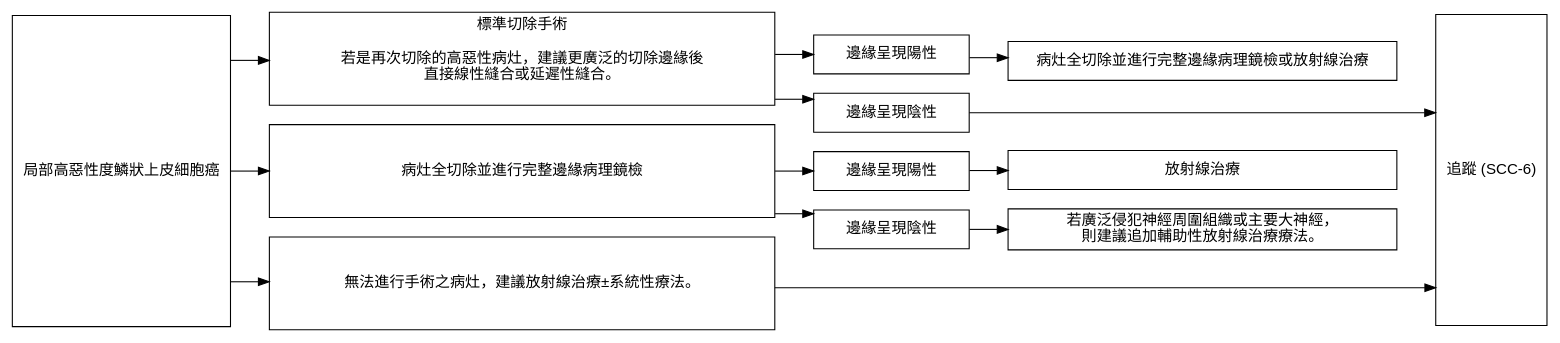
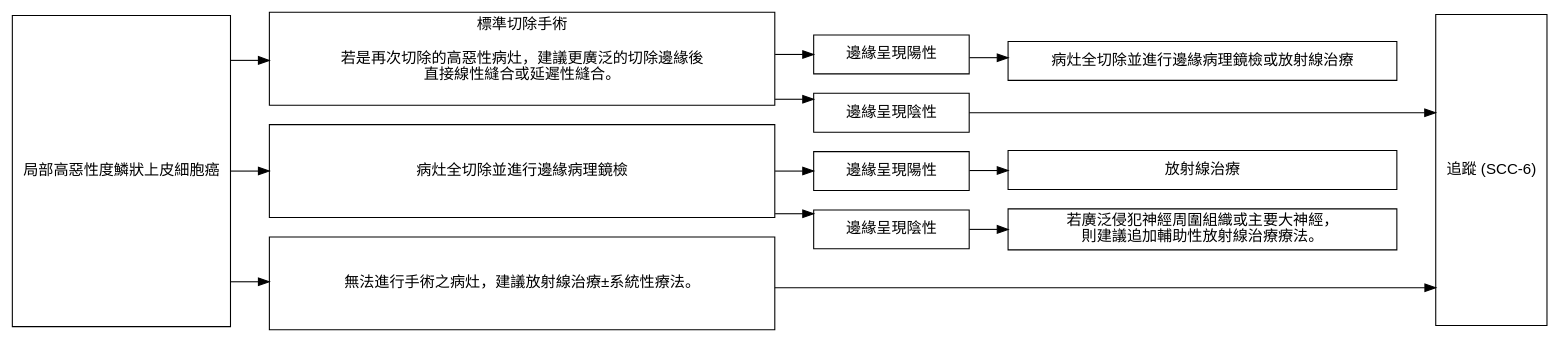
Before and after one commit to gnayyc/SkinCancerGuidelineDiagram: the diagram in SCC.3.gv, drawn with Graphviz. The commit also changed 4 other files, not shown here.

```diff
--- a/SCC.3.gv
+++ b/SCC.3.gv
@@ -1,39 +1,39 @@
 digraph {
   graph [rankdir = LR; splines=ortho; overlap=false]
   node [shape = box, fontname = Helvetica]
 
   high -> {tx1 tx2 tx3}
           tx1 -> {bo2 bo1}
                 bo1 -> fu
                 bo2 -> tx11
                        tx11 -> fu [style = invis]
           tx2 -> {bo4 bo3}
                 bo3 -> tx21
                        tx21 -> fu [style = invis]
                 bo4 -> tx22
                        tx22 -> fu [style = invis]
           tx3 -> fu
-  
+
   high [label = 局部高惡性度鱗狀上皮細胞癌; height = 4]
   tx1 [label = "標準切除手術\n
 若是再次切除的高惡性病灶，建議更廣泛的切除邊緣後\n直接線性縫合或延遲性縫合。\n
 ";
 width = 6.5; height = 1.2]
-  tx11 [label = 病灶全切除並進行完整邊緣病理鏡檢或放射線治療; width = 5]
-  tx2  [label = 病灶全切除並進行完整邊緣病理鏡檢; width = 6.5; height = 1.2]
+  tx11 [label = 病灶全切除並進行邊緣病理鏡檢或放射線治療; width = 5]
+  tx2  [label = 病灶全切除並進行邊緣病理鏡檢; width = 6.5; height = 1.2]
   tx21 [label = "若廣泛侵犯神經周圍組織或主要大神經，\n則建議追加輔助性放射線治療療法。";
   width = 5]
   tx22 [label = 放射線治療; width=5]
   tx3 [label = 無法進行手術之病灶，建議放射線治療±系統性療法。; width = 6.5; height = 1.2]
   fu [label = "追蹤 (SCC-6)"; height = 4]
 
   {rank = same; tx1; tx2; tx3}
   {rank = same; bo1; bo2; bo3; bo4}
   {rank = same; tx11; tx21; tx22}
-  
+
   bo1 [label = 邊緣呈現陰性; width=2]
   bo2 [label = 邊緣呈現陽性; width=2]
   bo3 [label = 邊緣呈現陰性; width=2]
   bo4 [label = 邊緣呈現陽性; width=2]
 
 }
```
